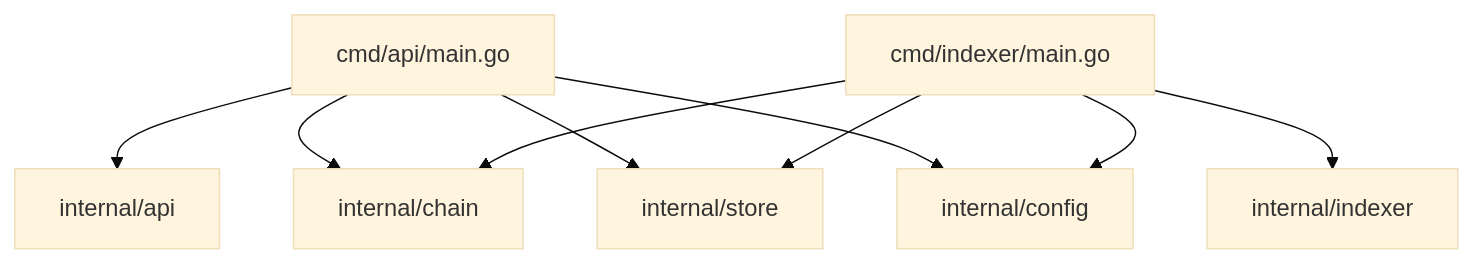
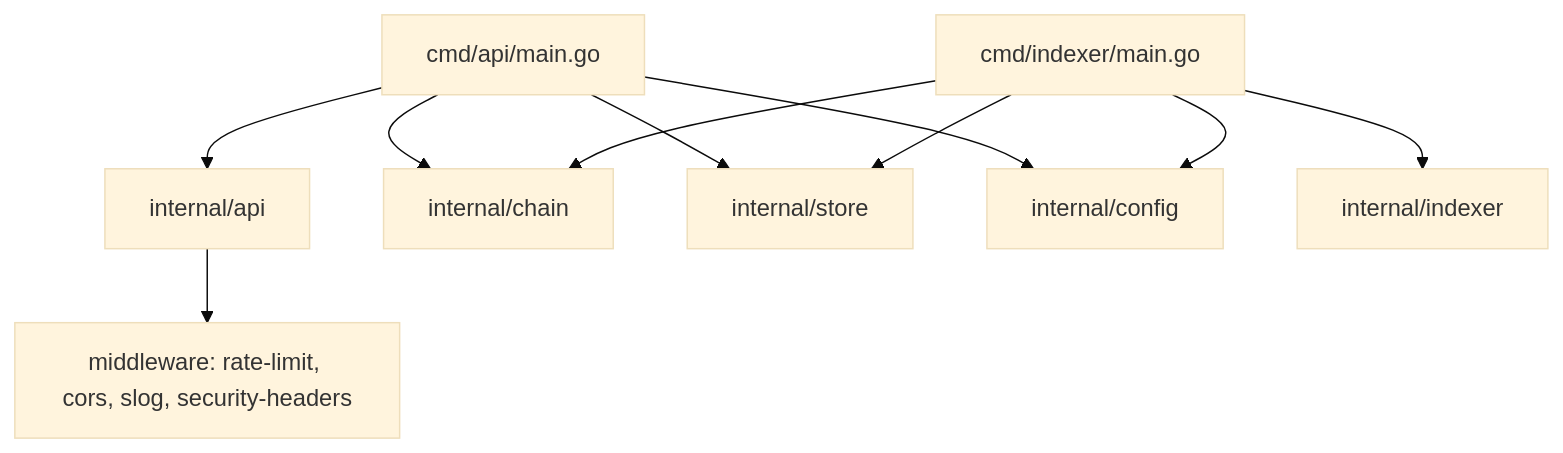
One commit to jianghongqing/crowdfunding changed the second of 5 diagrams in docs/ARCHITECTURE.md. Above: the diagram before and after it, drawn with Mermaid (base theme). The commit also changed other lines of this file and 16 other files, not shown here.

First line of the commit message:
@ feat: add nginx frontend, CORS middleware, rate limiting, and production deployment docs

````diff
--- a/docs/ARCHITECTURE.md
+++ b/docs/ARCHITECTURE.md
@@ -79,12 +81,14 @@
 ```mermaid
 flowchart TB
     MainAPI[cmd/api/main.go] --> APIHandlers[internal/api]
     MainAPI --> ChainReader[internal/chain]
     MainAPI --> Store[internal/store]
     MainAPI --> Config[internal/config]
 
+    APIHandlers --> Middleware[middleware: rate-limit, cors, slog, security-headers]
+
     MainIndexer[cmd/indexer/main.go] --> IndexerSync[internal/indexer]
     MainIndexer --> Store
     MainIndexer --> ChainReader
     MainIndexer --> Config
 ```
````
